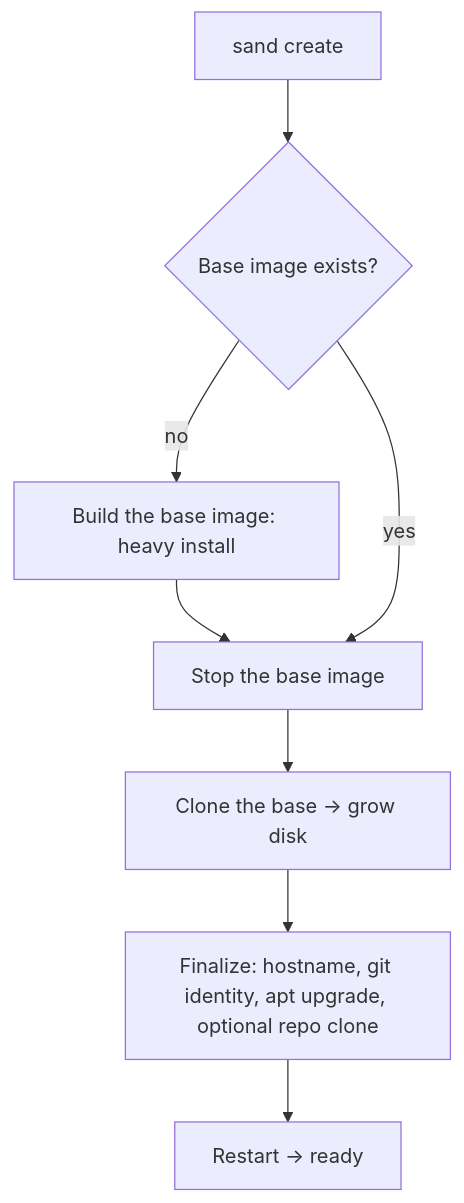
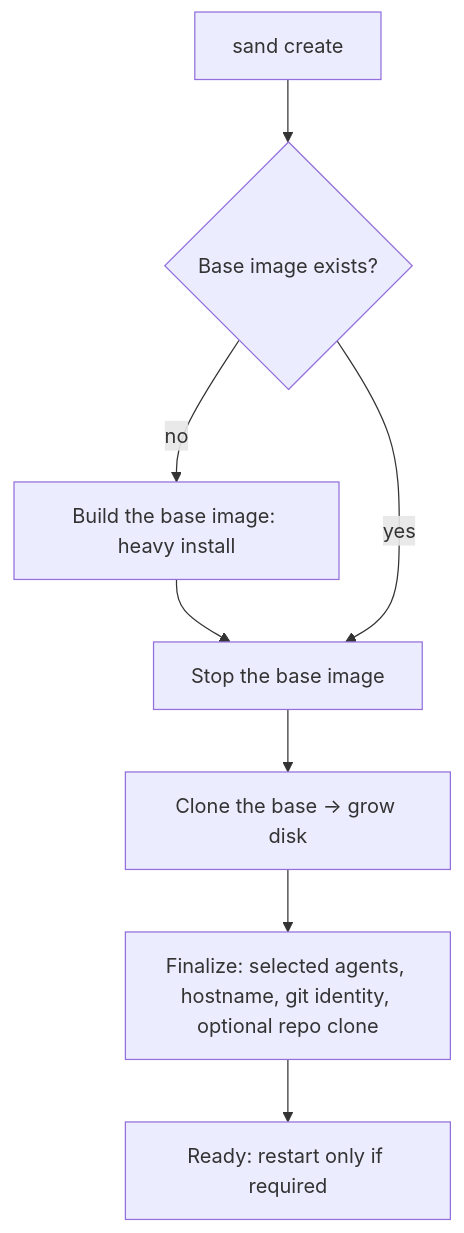
One commit to Lullabot/sandbar changed the diagram in docs/getting-started/how-it-works.md. Above: the diagram before and after it, drawn with Mermaid. The commit also changed other lines of this file and 68 other files, not shown here.

````diff
--- a/docs/getting-started/how-it-works.md
+++ b/docs/getting-started/how-it-works.md
@@ -7,10 +7,10 @@
 ```mermaid
 graph TD
     A[sand create] --> B{Base image exists?}
     B -- no --> C[Build the base image: heavy install]
     C --> D[Stop the base image]
     B -- yes --> D
     D --> E[Clone the base → grow disk]
-    E --> F[Finalize: hostname, git identity, apt upgrade, optional repo clone]
-    F --> G[Restart → ready]
+    E --> F[Finalize: selected agents, hostname, git identity, optional repo clone]
+    F --> G[Ready: restart only if required]
 ```
````
